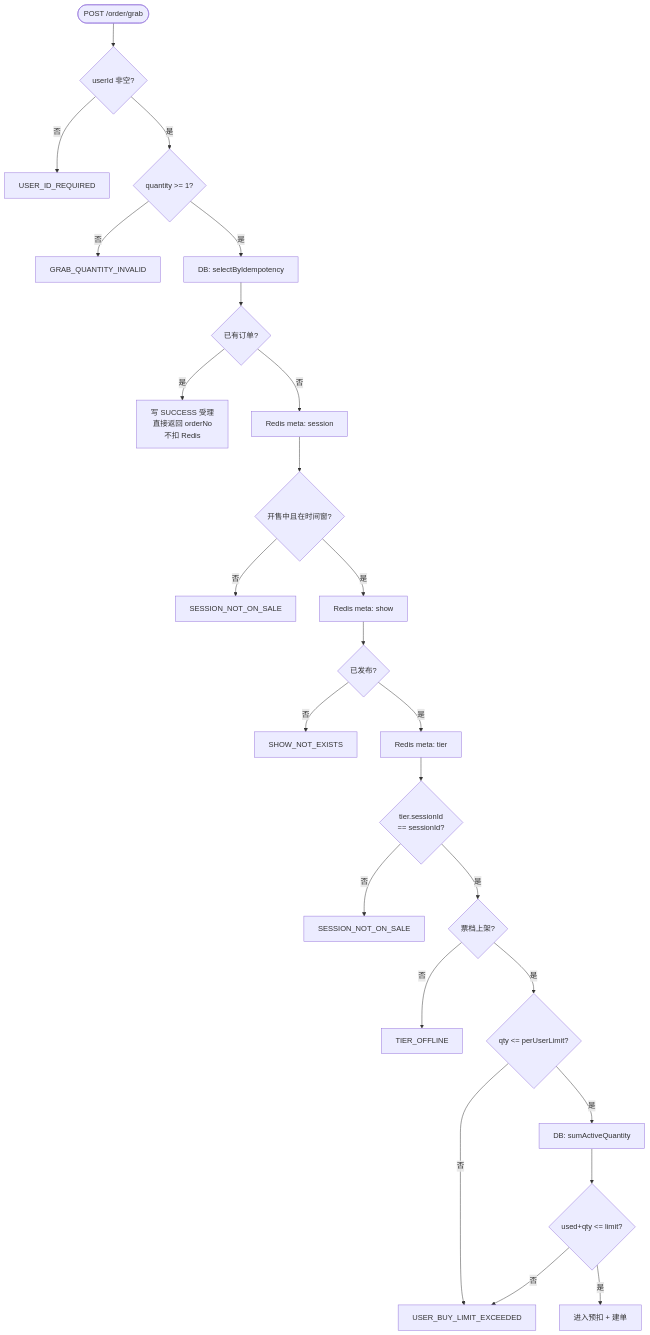
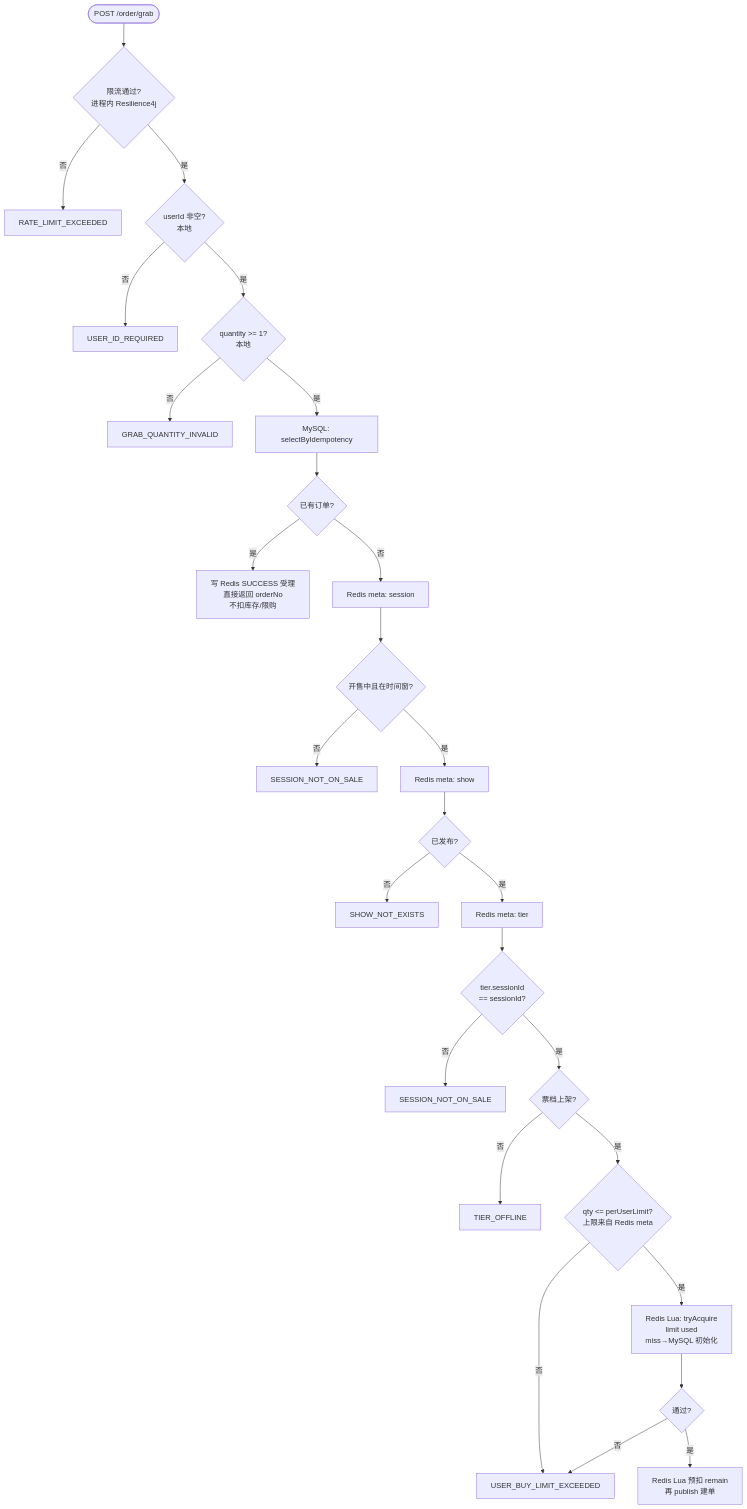
The seventh of 14 diagrams in docs/讲解/用户浏览与抢票全链路说明.md (Pderi/High-Concurrency-Project), drawn with Mermaid before and after one commit. The commit also changed other lines of this file and 11 other files, not shown here.

First line of the commit message:
feat: move buy-limit gate to Redis with MySQL fallback

````diff
--- a/docs/讲解/用户浏览与抢票全链路说明.md
+++ b/docs/讲解/用户浏览与抢票全链路说明.md
@@ -322,27 +488,29 @@
 ```mermaid
 flowchart TD
-  Start([POST /order/grab]) --> U{userId 非空?}
+  Start([POST /order/grab]) --> RL{"限流通过?<br/>进程内 Resilience4j"}
+  RL -->|否| E0[RATE_LIMIT_EXCEEDED]
+  RL -->|是| U{userId 非空?<br/>本地}
   U -->|否| E1[USER_ID_REQUIRED]
-  U -->|是| Q{quantity >= 1?}
+  U -->|是| Q{quantity >= 1?<br/>本地}
   Q -->|否| E2[GRAB_QUANTITY_INVALID]
-  Q -->|是| Idem["DB: selectByIdempotency"]
+  Q -->|是| Idem["MySQL: selectByIdempotency"]
   Idem --> Hit{已有订单?}
-  Hit -->|是| OK1["写 SUCCESS 受理<br/>直接返回 orderNo<br/>不扣 Redis"]
+  Hit -->|是| OK1["写 Redis SUCCESS 受理<br/>直接返回 orderNo<br/>不扣库存/限购"]
   Hit -->|否| Sess["Redis meta: session"]
   Sess --> OnSale{开售中且在时间窗?}
   OnSale -->|否| E3[SESSION_NOT_ON_SALE]
   OnSale -->|是| Show["Redis meta: show"]
   Show --> Pub{已发布?}
   Pub -->|否| E4[SHOW_NOT_EXISTS]
   Pub -->|是| Tier["Redis meta: tier"]
   Tier --> Belong{tier.sessionId<br/>== sessionId?}
   Belong -->|否| E5[SESSION_NOT_ON_SALE]
   Belong -->|是| Online{票档上架?}
   Online -->|否| E6[TIER_OFFLINE]
-  Online -->|是| Limit1{qty <= perUserLimit?}
+  Online -->|是| Limit1{"qty <= perUserLimit?<br/>上限来自 Redis meta"}
   Limit1 -->|否| E7[USER_BUY_LIMIT_EXCEEDED]
-  Limit1 -->|是| Limit2["DB: sumActiveQuantity"]
-  Limit2 --> LimitOk{used+qty <= limit?}
+  Limit1 -->|是| Limit2["Redis Lua: tryAcquire<br/>limit used<br/>miss→MySQL 初始化"]
+  Limit2 --> LimitOk{通过?}
   LimitOk -->|否| E7
-  LimitOk -->|是| Next[进入预扣 + 建单]
+  LimitOk -->|是| Next["Redis Lua 预扣 remain<br/>再 publish 建单"]
 ```
````
